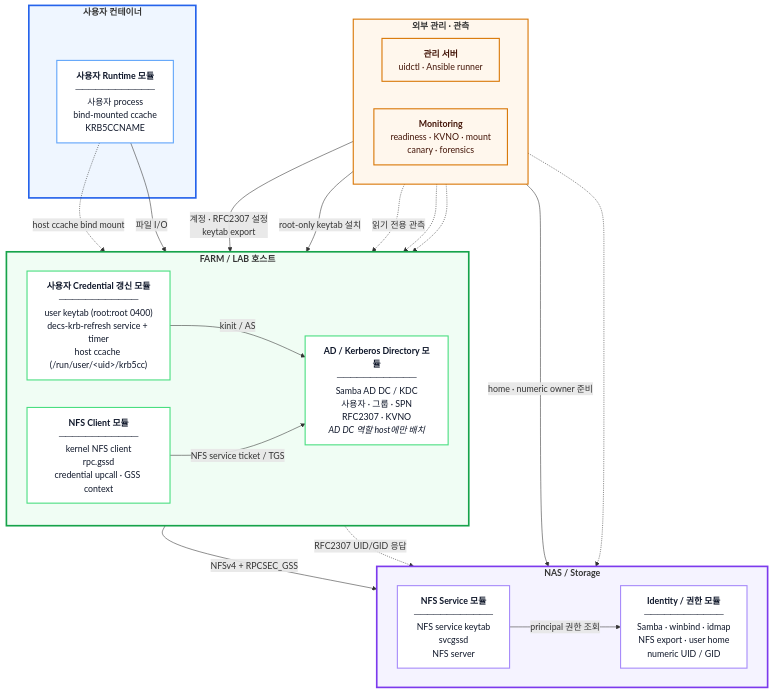
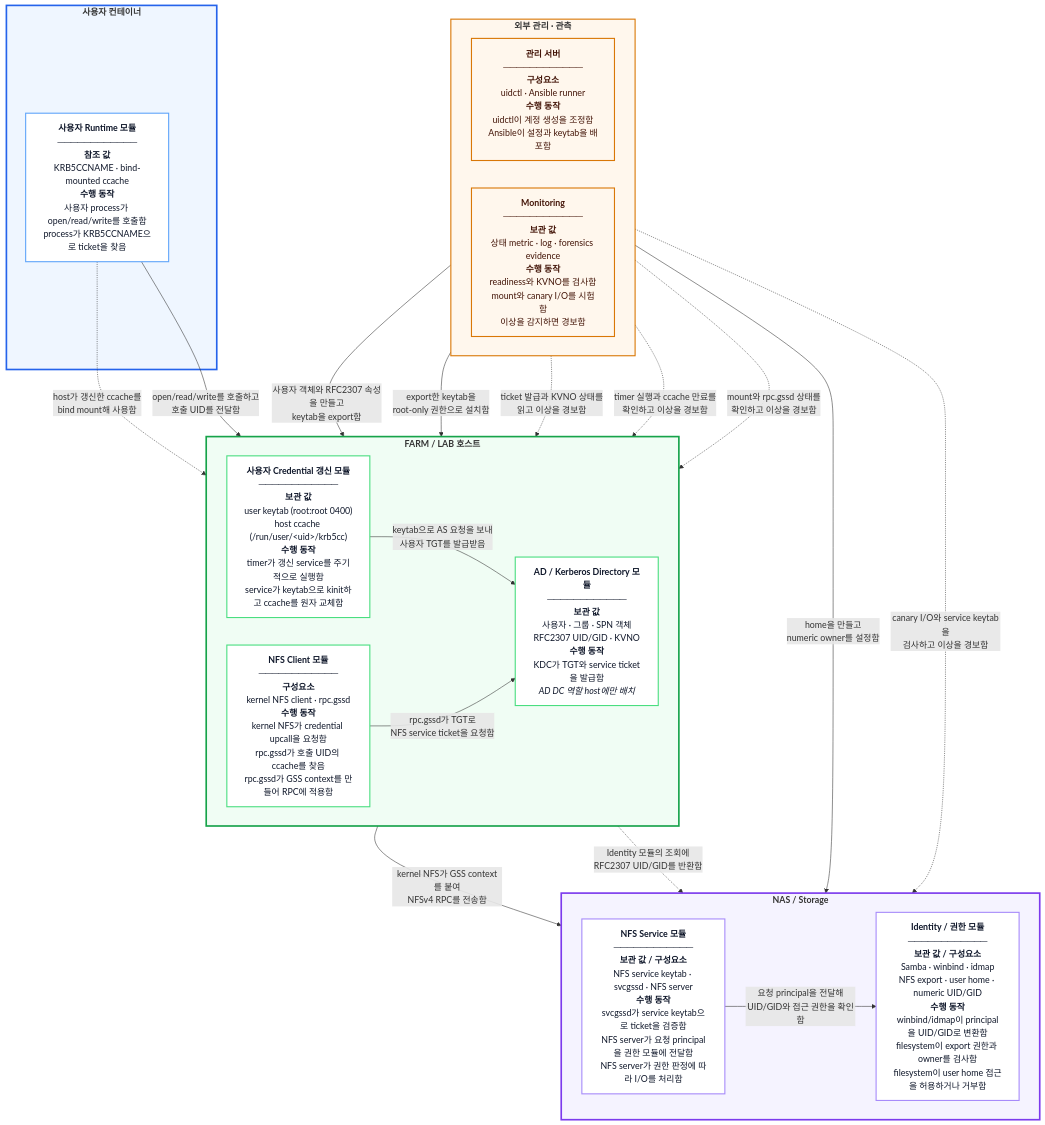
Before and after one commit to CSID-DGU/admin_wiki: the first of 3 diagrams in md/system/kerberos-nfs/design.md, drawn with Mermaid. The commit also changed other lines of this file and 8 other files, not shown here.

Commit message:
docs: clarify kerberos diagram actions

````diff
--- a/md/system/kerberos-nfs/design.md
+++ b/md/system/kerberos-nfs/design.md
@@ -24,58 +26,58 @@
 ```mermaid
 flowchart TB
     subgraph CONTROL_ZONE["<b>외부 관리 · 관측</b>"]
         direction LR
-        M["<b>관리 서버</b><br/>uidctl · Ansible runner"]
-        MON["<b>Monitoring</b><br/>readiness · KVNO · mount<br/>canary · forensics"]
+        M["<b>관리 서버</b><br/>────────────<br/><b>구성요소</b><br/>uidctl · Ansible runner<br/><b>수행 동작</b><br/>uidctl이 계정 생성을 조정함<br/>Ansible이 설정과 keytab을 배포함"]
+        MON["<b>Monitoring</b><br/>────────────<br/><b>보관 값</b><br/>상태 metric · log · forensics evidence<br/><b>수행 동작</b><br/>readiness와 KVNO를 검사함<br/>mount와 canary I/O를 시험함<br/>이상을 감지하면 경보함"]
     end
 
     subgraph CONTAINER_ZONE["<b>사용자 컨테이너</b>"]
-        USER_RUNTIME["<b>사용자 Runtime 모듈</b><br/>────────────<br/>사용자 process<br/>bind-mounted ccache<br/>KRB5CCNAME"]
+        USER_RUNTIME["<b>사용자 Runtime 모듈</b><br/>────────────<br/><b>참조 값</b><br/>KRB5CCNAME · bind-mounted ccache<br/><b>수행 동작</b><br/>사용자 process가 open/read/write를 호출함<br/>process가 KRB5CCNAME으로 ticket을 찾음"]
     end
 
     subgraph HOST_ZONE["<b>FARM / LAB 호스트</b>"]
         direction LR
-        DIRECTORY_MODULE["<b>AD / Kerberos Directory 모듈</b><br/>────────────<br/>Samba AD DC / KDC<br/>사용자 · 그룹 · SPN<br/>RFC2307 · KVNO<br/><i>AD DC 역할 host에만 배치</i>"]
-        REFRESH_MODULE["<b>사용자 Credential 갱신 모듈</b><br/>────────────<br/>user keytab (root:root 0400)<br/>decs-krb-refresh service + timer<br/>host ccache (/run/user/&lt;uid&gt;/krb5cc)"]
-        NFS_CLIENT_MODULE["<b>NFS Client 모듈</b><br/>────────────<br/>kernel NFS client<br/>rpc.gssd<br/>credential upcall · GSS context"]
+        DIRECTORY_MODULE["<b>AD / Kerberos Directory 모듈</b><br/>────────────<br/><b>보관 값</b><br/>사용자 · 그룹 · SPN 객체<br/>RFC2307 UID/GID · KVNO<br/><b>수행 동작</b><br/>KDC가 TGT와 service ticket을 발급함<br/><i>AD DC 역할 host에만 배치</i>"]
+        REFRESH_MODULE["<b>사용자 Credential 갱신 모듈</b><br/>────────────<br/><b>보관 값</b><br/>user keytab (root:root 0400)<br/>host ccache (/run/user/&lt;uid&gt;/krb5cc)<br/><b>수행 동작</b><br/>timer가 갱신 service를 주기적으로 실행함<br/>service가 keytab으로 kinit하고 ccache를 원자 교체함"]
+        NFS_CLIENT_MODULE["<b>NFS Client 모듈</b><br/>────────────<br/><b>구성요소</b><br/>kernel NFS client · rpc.gssd<br/><b>수행 동작</b><br/>kernel NFS가 credential upcall을 요청함<br/>rpc.gssd가 호출 UID의 ccache를 찾음<br/>rpc.gssd가 GSS context를 만들어 RPC에 적용함"]
     end
 
     subgraph STORAGE_ZONE["<b>NAS / Storage</b>"]
         direction LR
-        NFS_SERVER_MODULE["<b>NFS Service 모듈</b><br/>────────────<br/>NFS service keytab<br/>svcgssd<br/>NFS server"]
-        STORAGE_ID_MODULE["<b>Identity / 권한 모듈</b><br/>────────────<br/>Samba · winbind · idmap<br/>NFS export · user home<br/>numeric UID / GID"]
+        NFS_SERVER_MODULE["<b>NFS Service 모듈</b><br/>────────────<br/><b>보관 값 / 구성요소</b><br/>NFS service keytab · svcgssd · NFS server<br/><b>수행 동작</b><br/>svcgssd가 service keytab으로 ticket을 검증함<br/>NFS server가 요청 principal을 권한 모듈에 전달함<br/>NFS server가 권한 판정에 따라 I/O를 처리함"]
+        STORAGE_ID_MODULE["<b>Identity / 권한 모듈</b><br/>────────────<br/><b>보관 값 / 구성요소</b><br/>Samba · winbind · idmap<br/>NFS export · user home · numeric UID/GID<br/><b>수행 동작</b><br/>winbind/idmap이 principal을 UID/GID로 변환함<br/>filesystem이 export 권한과 owner를 검사함<br/>filesystem이 user home 접근을 허용하거나 거부함"]
     end
 
-    M -->|"계정 · RFC2307 설정<br/>keytab export"| DIRECTORY_MODULE
-    M -->|"root-only keytab 설치"| REFRESH_MODULE
-    M -->|"home · numeric owner 준비"| STORAGE_ID_MODULE
+    M -->|"사용자 객체와 RFC2307 속성을 만들고<br/>keytab을 export함"| DIRECTORY_MODULE
+    M -->|"export한 keytab을<br/>root-only 권한으로 설치함"| REFRESH_MODULE
+    M -->|"home을 만들고<br/>numeric owner를 설정함"| STORAGE_ID_MODULE
 
-    REFRESH_MODULE -->|"kinit / AS"| DIRECTORY_MODULE
-    USER_RUNTIME -.->|"host ccache bind mount"| REFRESH_MODULE
-    USER_RUNTIME -->|"파일 I/O"| NFS_CLIENT_MODULE
-    NFS_CLIENT_MODULE -->|"NFS service ticket / TGS"| DIRECTORY_MODULE
-    NFS_CLIENT_MODULE -->|"NFSv4 + RPCSEC_GSS"| NFS_SERVER_MODULE
-    NFS_SERVER_MODULE -->|"principal 권한 조회"| STORAGE_ID_MODULE
-    DIRECTORY_MODULE -.->|"RFC2307 UID/GID 응답"| STORAGE_ID_MODULE
+    REFRESH_MODULE -->|"keytab으로 AS 요청을 보내<br/>사용자 TGT를 발급받음"| DIRECTORY_MODULE
+    USER_RUNTIME -.->|"host가 갱신한 ccache를<br/>bind mount해 사용함"| REFRESH_MODULE
+    USER_RUNTIME -->|"open/read/write를 호출하고<br/>호출 UID를 전달함"| NFS_CLIENT_MODULE
+    NFS_CLIENT_MODULE -->|"rpc.gssd가 TGT로<br/>NFS service ticket을 요청함"| DIRECTORY_MODULE
+    NFS_CLIENT_MODULE -->|"kernel NFS가 GSS context를 붙여<br/>NFSv4 RPC를 전송함"| NFS_SERVER_MODULE
+    NFS_SERVER_MODULE -->|"요청 principal을 전달해<br/>UID/GID와 접근 권한을 확인함"| STORAGE_ID_MODULE
+    DIRECTORY_MODULE -.->|"Identity 모듈의 조회에<br/>RFC2307 UID/GID를 반환함"| STORAGE_ID_MODULE
 
-    MON -.->|"읽기 전용 관측"| DIRECTORY_MODULE
-    MON -.-> REFRESH_MODULE
-    MON -.-> NFS_CLIENT_MODULE
-    MON -.-> NFS_SERVER_MODULE
+    MON -.->|"ticket 발급과 KVNO 상태를<br/>읽고 이상을 경보함"| DIRECTORY_MODULE
+    MON -.->|"timer 실행과 ccache 만료를<br/>확인하고 이상을 경보함"| REFRESH_MODULE
+    MON -.->|"mount와 rpc.gssd 상태를<br/>확인하고 이상을 경보함"| NFS_CLIENT_MODULE
+    MON -.->|"canary I/O와 service keytab을<br/>검사하고 이상을 경보함"| NFS_SERVER_MODULE
 
     classDef component fill:#ffffff,stroke:#64748b,stroke-width:1px,color:#0f172a
     classDef external fill:#fff7ed,stroke:#d97706,stroke-width:2px,color:#431407
     class M,MON external
     class USER_RUNTIME,DIRECTORY_MODULE,REFRESH_MODULE,NFS_CLIENT_MODULE,NFS_SERVER_MODULE,STORAGE_ID_MODULE component
 
     style CONTAINER_ZONE fill:#eff6ff,stroke:#2563eb,stroke-width:3px
     style HOST_ZONE fill:#f0fdf4,stroke:#16a34a,stroke-width:3px
     style STORAGE_ZONE fill:#f5f3ff,stroke:#7c3aed,stroke-width:3px
     style CONTROL_ZONE fill:#fff7ed,stroke:#d97706,stroke-width:2px
     style USER_RUNTIME stroke:#60a5fa,stroke-width:2px
     style DIRECTORY_MODULE stroke:#4ade80,stroke-width:2px
     style REFRESH_MODULE stroke:#4ade80,stroke-width:2px
     style NFS_CLIENT_MODULE stroke:#4ade80,stroke-width:2px
     style NFS_SERVER_MODULE stroke:#a78bfa,stroke-width:2px
     style STORAGE_ID_MODULE stroke:#a78bfa,stroke-width:2px
 ```
````
